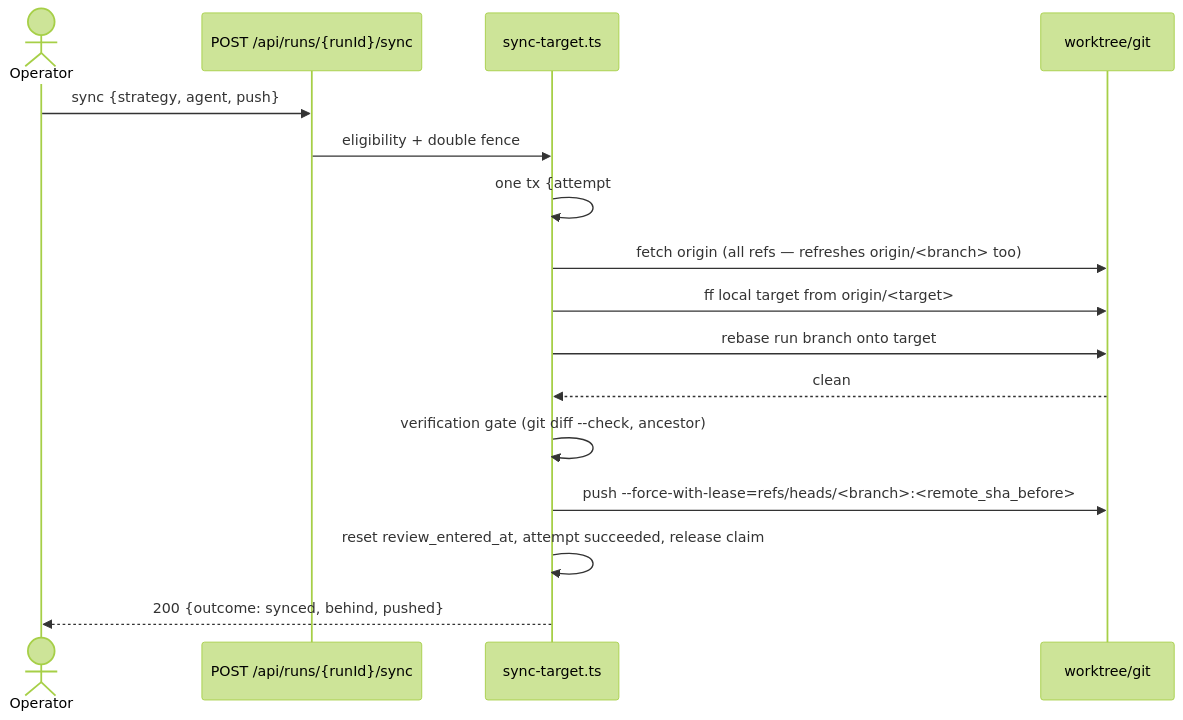
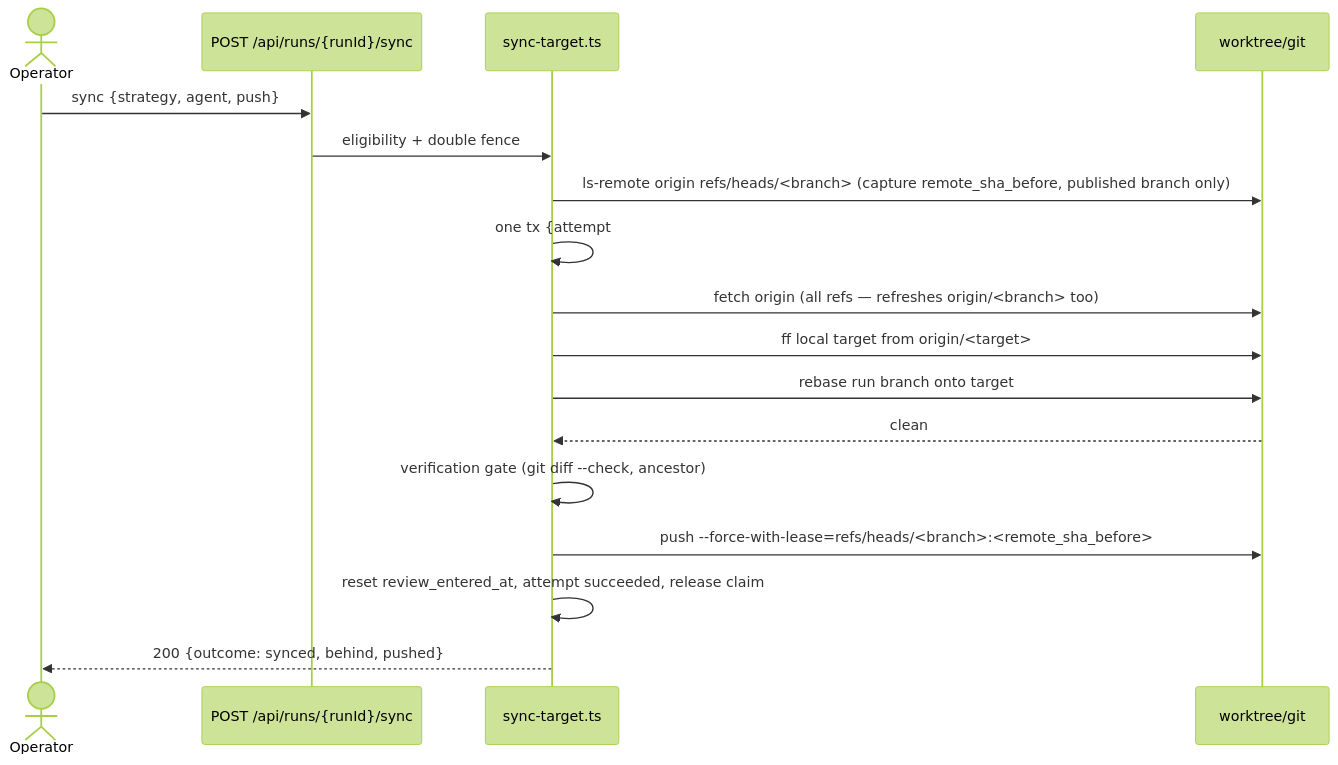
Before and after one commit to maister-dev/maister: the third of 6 diagrams in docs/system-analytics/branch-sync.md, drawn with Mermaid (forest theme). The commit also changed other lines of this file and 49 other files, not shown here.

````diff
--- a/docs/system-analytics/branch-sync.md
+++ b/docs/system-analytics/branch-sync.md
@@ -76,18 +76,19 @@
 ```mermaid
 sequenceDiagram
     actor Op as Operator
     participant Route as POST /api/runs/{runId}/sync
     participant Svc as sync-target.ts
     participant Git as worktree/git
     Op->>Route: sync {strategy, agent, push}
     Route->>Svc: eligibility + double fence
+    Svc->>Git: ls-remote origin refs/heads/<branch> (capture remote_sha_before, published branch only)
     Svc->>Svc: one tx {attempt#, starting row, "sync" claim}
     Svc->>Git: fetch origin (all refs — refreshes origin/<branch> too)
     Svc->>Git: ff local target from origin/<target>
     Svc->>Git: rebase run branch onto target
     Git-->>Svc: clean
     Svc->>Svc: verification gate (git diff --check, ancestor)
     Svc->>Git: push --force-with-lease=refs/heads/<branch>:<remote_sha_before>
     Svc->>Svc: reset review_entered_at, attempt succeeded, release claim
     Svc-->>Op: 200 {outcome: synced, behind, pushed}
 ```
````
